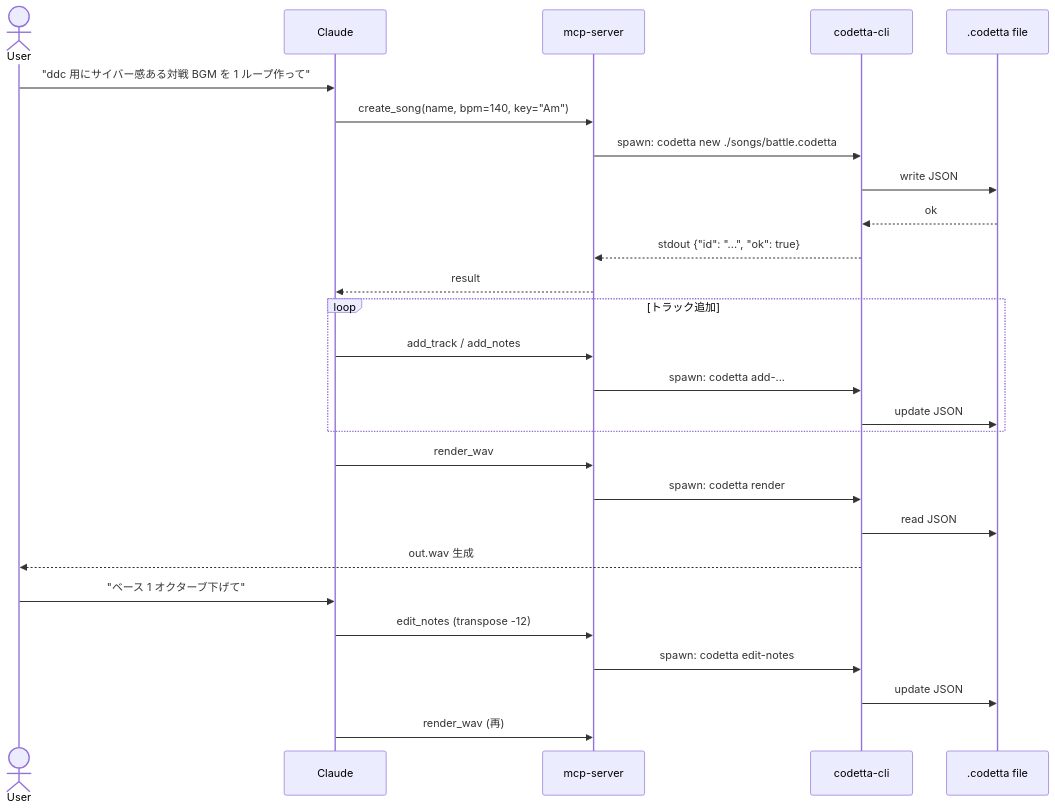
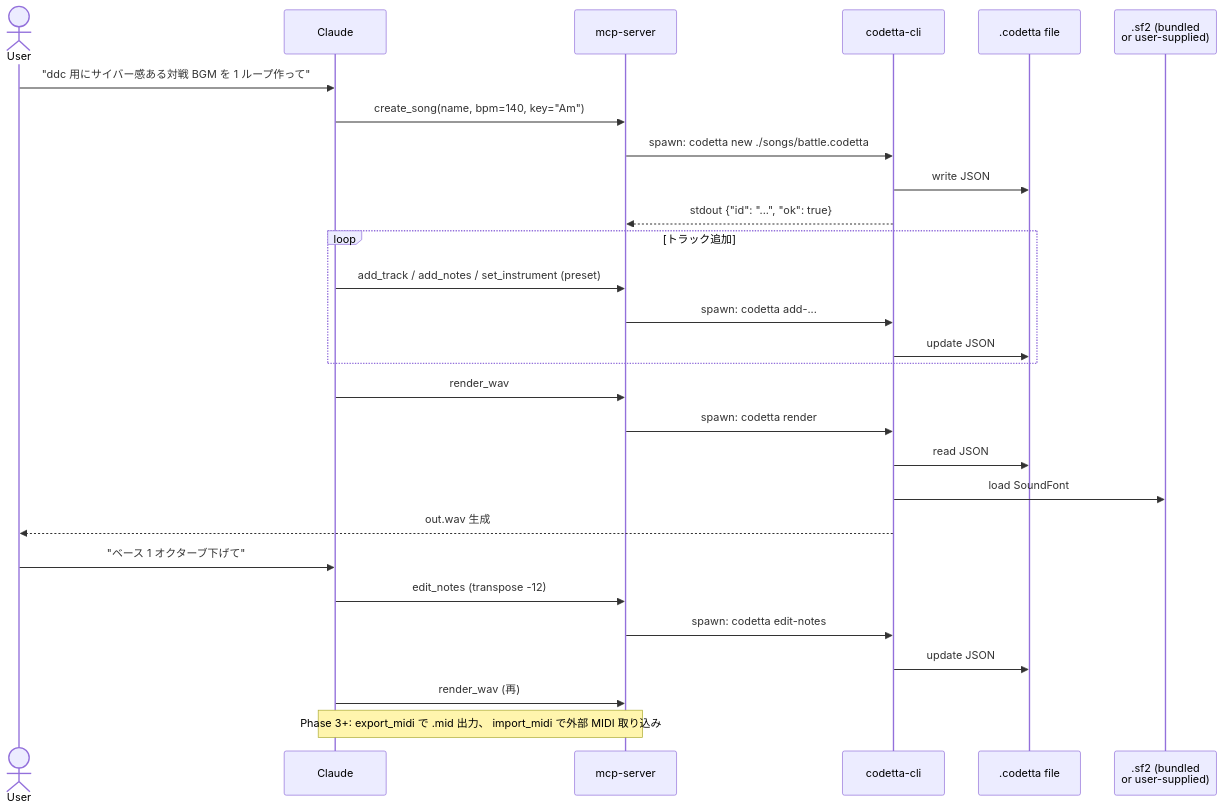
Before and after one commit to krtw00/codetta: the second of 8 diagrams in docs/design/01-architecture.md, drawn with Mermaid. The commit also changed other lines of this file and 2 other files, not shown here.

First line of the commit message:
docs: vision と architecture を外部 SF2 + MIDI 方向で書き直し

````diff
--- a/docs/design/01-architecture.md
+++ b/docs/design/01-architecture.md
@@ -134,33 +154,35 @@
 ```mermaid
 sequenceDiagram
     actor User
     participant Claude
     participant MCP as mcp-server
     participant CLI as codetta-cli
     participant File as .codetta file
+    participant SF2 as .sf2 (bundled<br/>or user-supplied)
 
     User->>Claude: "ddc 用にサイバー感ある対戦 BGM を 1 ループ作って"
     Claude->>MCP: create_song(name, bpm=140, key="Am")
     MCP->>CLI: spawn: codetta new ./songs/battle.codetta
     CLI->>File: write JSON
-    File-->>CLI: ok
     CLI-->>MCP: stdout {"id": "...", "ok": true}
-    MCP-->>Claude: result
 
     loop トラック追加
-        Claude->>MCP: add_track / add_notes
+        Claude->>MCP: add_track / add_notes / set_instrument (preset)
         MCP->>CLI: spawn: codetta add-...
         CLI->>File: update JSON
     end
 
     Claude->>MCP: render_wav
     MCP->>CLI: spawn: codetta render
     CLI->>File: read JSON
+    CLI->>SF2: load SoundFont
     CLI-->>User: out.wav 生成
 
     User->>Claude: "ベース 1 オクターブ下げて"
     Claude->>MCP: edit_notes (transpose -12)
     MCP->>CLI: spawn: codetta edit-notes
     CLI->>File: update JSON
     Claude->>MCP: render_wav (再)
+
+    Note over Claude,MCP: Phase 3+: export_midi で .mid 出力、 import_midi で外部 MIDI 取り込み
 ```
````
